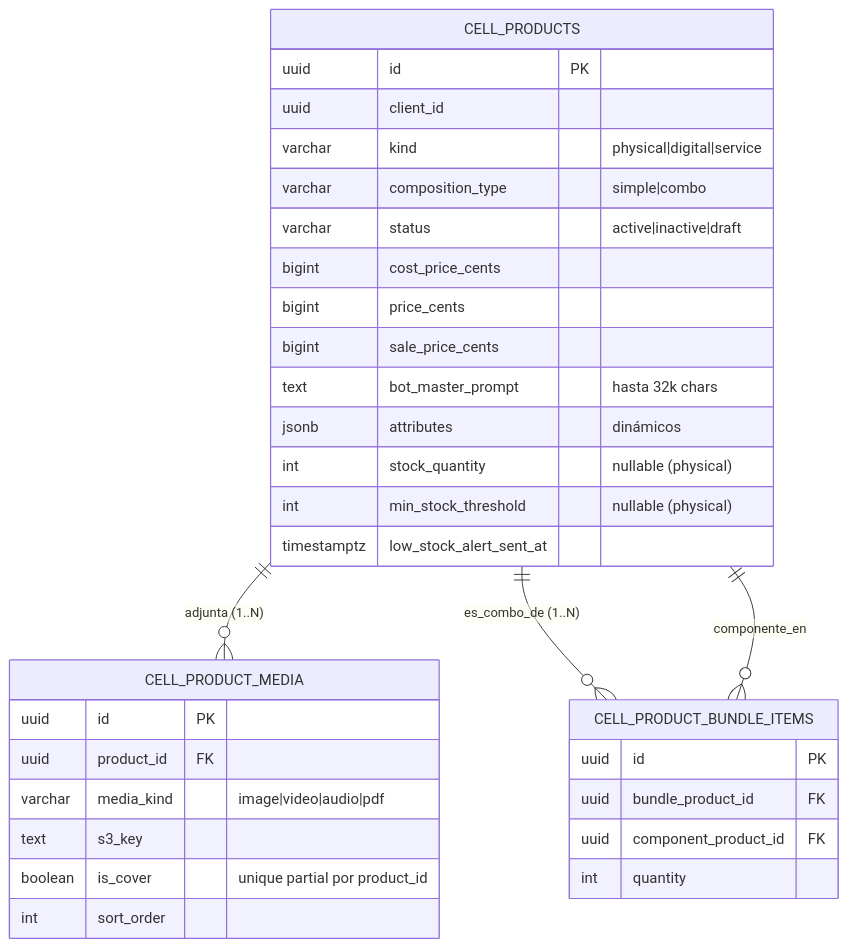
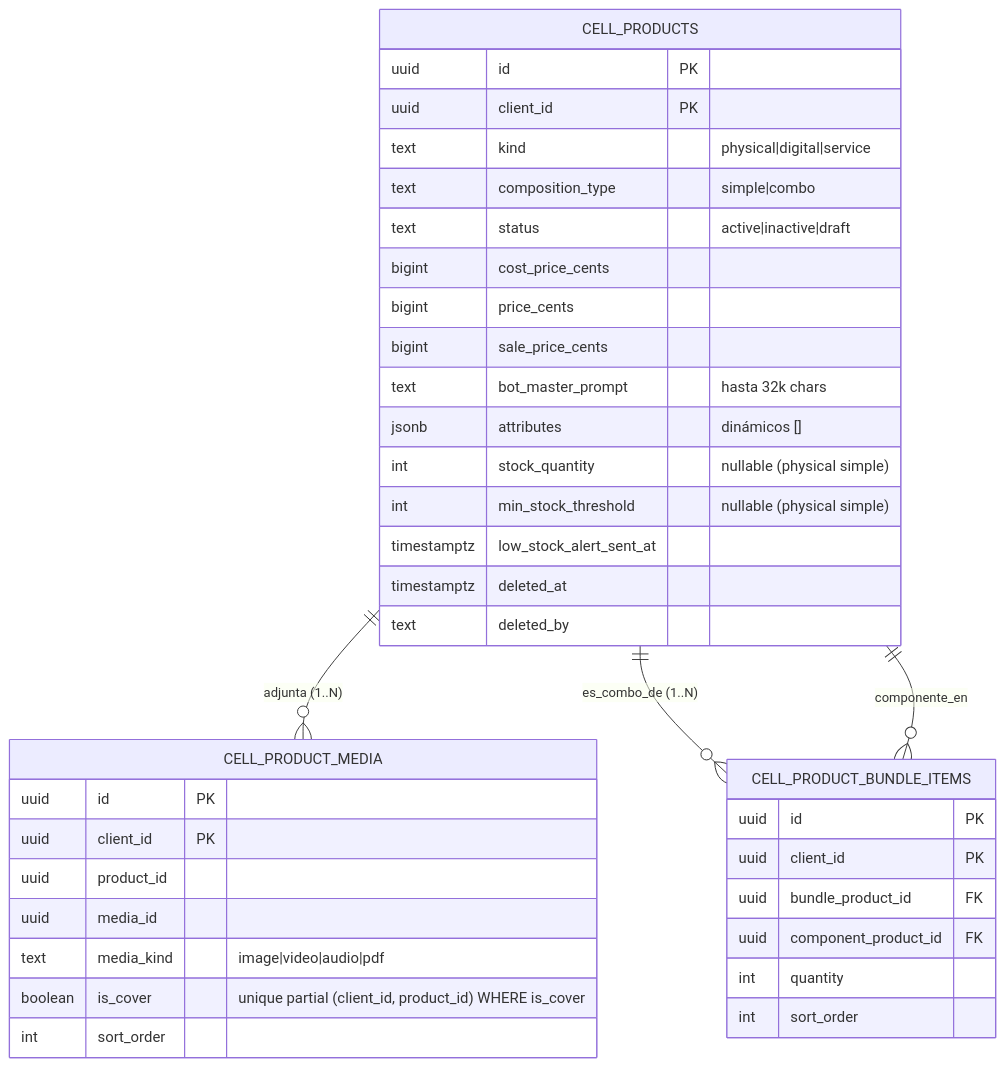
Before and after one commit to EnuarRosales/landig-agencia: the diagram in docs/specs/spec-08-catalogo-productos-crud-multimedia-combos-stock/design.md, drawn with Mermaid. The commit also changed other lines of this file and 54 other files, not shown here.

Commit message:
#1 feat(catalog): implement SPEC-08 product catalog, SPEC-18 promotions spec, and SPEC-19 IDEAL prompt architecture

````diff
--- a/docs/specs/spec-08-catalogo-productos-crud-multimedia-combos-stock/design.md
+++ b/docs/specs/spec-08-catalogo-productos-crud-multimedia-combos-stock/design.md
@@ -5,36 +5,41 @@
 ```mermaid
 erDiagram
     CELL_PRODUCTS ||--o{ CELL_PRODUCT_MEDIA : "adjunta (1..N)"
     CELL_PRODUCTS ||--o{ CELL_PRODUCT_BUNDLE_ITEMS : "es_combo_de (1..N)"
     CELL_PRODUCTS ||--o{ CELL_PRODUCT_BUNDLE_ITEMS : "componente_en"
 
     CELL_PRODUCTS {
         uuid id PK
-        uuid client_id
-        varchar kind "physical|digital|service"
-        varchar composition_type "simple|combo"
-        varchar status "active|inactive|draft"
+        uuid client_id PK
+        text kind "physical|digital|service"
+        text composition_type "simple|combo"
+        text status "active|inactive|draft"
         bigint cost_price_cents
         bigint price_cents
         bigint sale_price_cents
         text bot_master_prompt "hasta 32k chars"
-        jsonb attributes "dinámicos"
-        int stock_quantity "nullable (physical)"
-        int min_stock_threshold "nullable (physical)"
+        jsonb attributes "dinámicos []"
+        int stock_quantity "nullable (physical simple)"
+        int min_stock_threshold "nullable (physical simple)"
         timestamptz low_stock_alert_sent_at
+        timestamptz deleted_at
+        text deleted_by
     }
     CELL_PRODUCT_MEDIA {
         uuid id PK
-        uuid product_id FK
-        varchar media_kind "image|video|audio|pdf"
-        text s3_key
-        boolean is_cover "unique partial por product_id"
+        uuid client_id PK
+        uuid product_id
+        uuid media_id
+        text media_kind "image|video|audio|pdf"
+        boolean is_cover "unique partial (client_id, product_id) WHERE is_cover"
         int sort_order
     }
     CELL_PRODUCT_BUNDLE_ITEMS {
         uuid id PK
+        uuid client_id PK
         uuid bundle_product_id FK
         uuid component_product_id FK
         int quantity
+        int sort_order
     }
 ```
````
